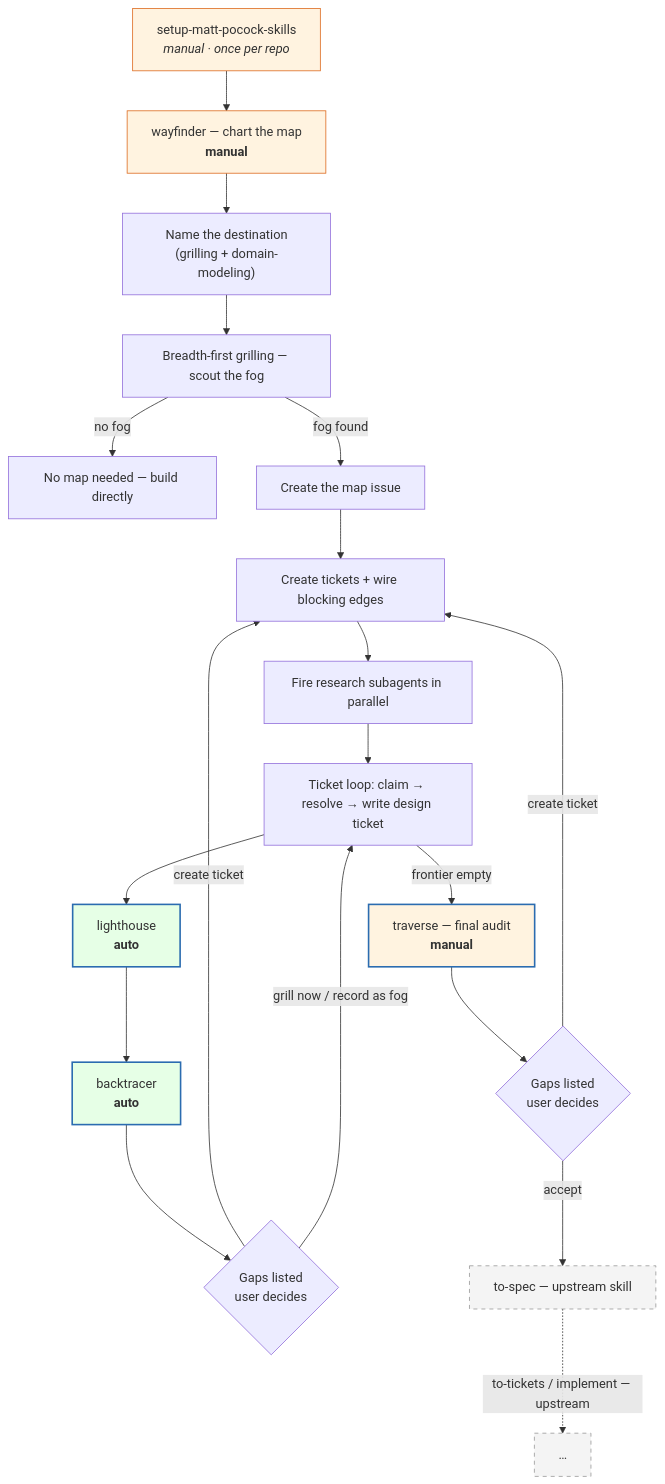
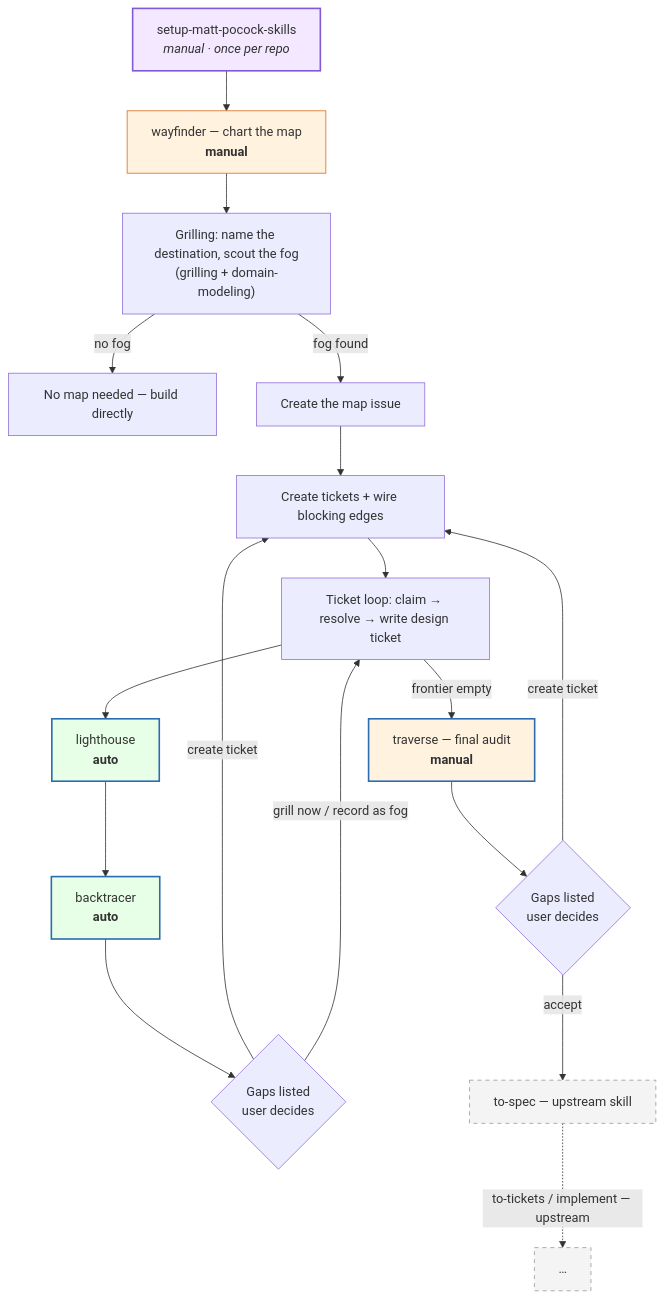
Before and after one commit to hugosol/oh-my-wayfinder: the first of 2 diagrams in README.md, drawn with Mermaid. The commit also changed other lines of this file and 1 other file, not shown here.

````diff
--- a/README.md
+++ b/README.md
@@ -34,29 +46,27 @@
 ```mermaid
 flowchart TD
     S["setup-matt-pocock-skills<br/><i>manual · once per repo</i>"] --> W["wayfinder — chart the map<br/><b>manual</b>"]
-    W --> D["Name the destination<br/>(grilling + domain-modeling)"]
-    D --> G["Breadth-first grilling — scout the fog"]
+    W --> G["Grilling: name the destination, scout the fog<br/>(grilling + domain-modeling)"]
     G -->|"no fog"| N["No map needed — build directly"]
     G -->|"fog found"| M["Create the map issue"]
     M --> T["Create tickets + wire blocking edges"]
-    T --> R["Fire research subagents in parallel"]
-    R --> L["Ticket loop: claim → resolve → write design ticket"]
+    T --> L["Ticket loop: claim → resolve → write design ticket"]
     L --> LH["lighthouse<br/><b>auto</b>"]
     LH --> BT["backtracer<br/><b>auto</b>"]
     BT --> CG{"Gaps listed<br/>user decides"}
     CG -->|"create ticket"| T
     CG -->|"grill now / record as fog"| L
     L -->|"frontier empty"| TR["traverse — final audit<br/><b>manual</b>"]
     TR --> CG2{"Gaps listed<br/>user decides"}
     CG2 -->|"create ticket"| T
     CG2 -->|"accept"| TS["to-spec — upstream skill"]
     TS -.->|"to-tickets / implement — upstream"| X["…"]
 
     style LH fill:#e6ffe6,stroke:#2b6cb0,stroke-width:2px
     style BT fill:#e6ffe6,stroke:#2b6cb0,stroke-width:2px
     style TR fill:#fff3e0,stroke:#2b6cb0,stroke-width:2px
     style W fill:#fff3e0,stroke:#dd6b20
-    style S fill:#fff3e0,stroke:#dd6b20
+    style S fill:#f3e8ff,stroke:#805ad5,stroke-width:2px
     style TS fill:#f4f4f4,stroke:#999,stroke-dasharray:5 5
     style X fill:#f4f4f4,stroke:#999,stroke-dasharray:5 5
 ```
````
